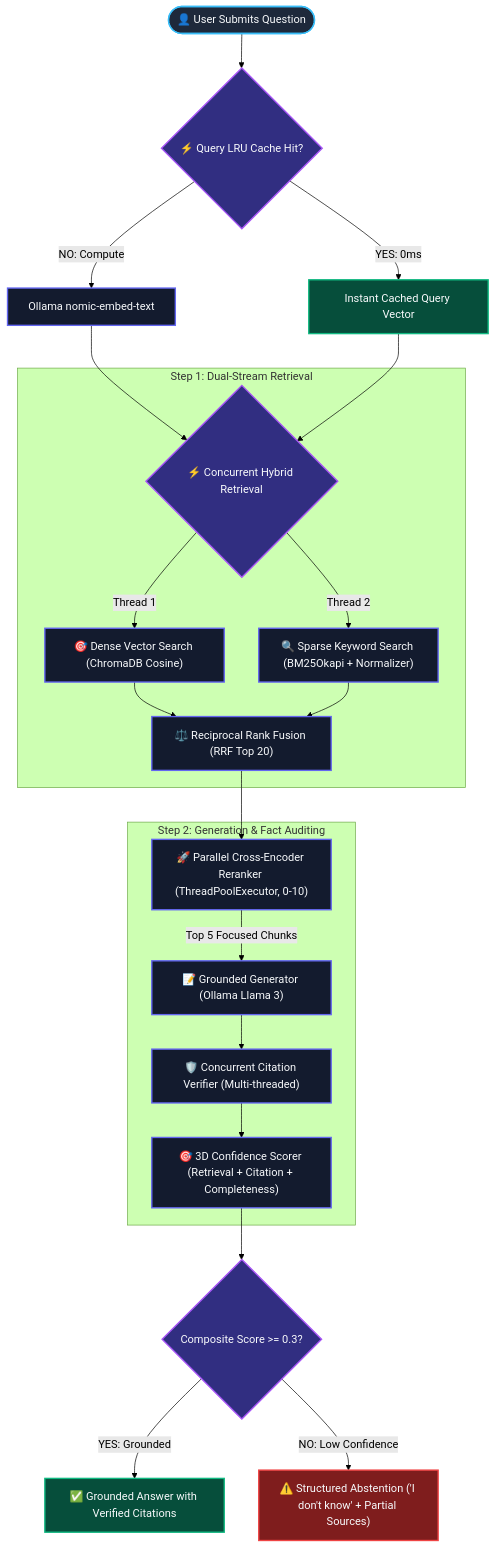
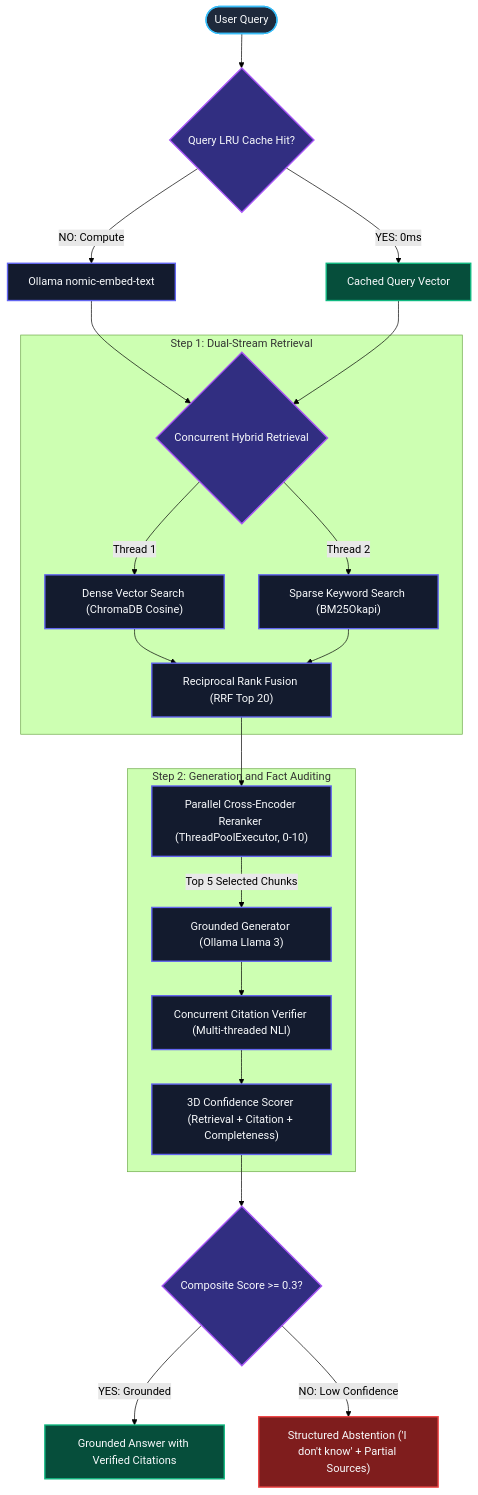
The first of 2 diagrams in README.md (Gunjannnn30/RAG-Pipeline-Hybrid-Search), drawn with Mermaid (forest theme) before and after one commit. The commit also changed other lines of this file and 6 other files, not shown here.

````diff
--- a/README.md
+++ b/README.md
@@ -83,34 +95,34 @@
 ```mermaid
 flowchart TD
     classDef input fill:#1e293b,stroke:#38bdf8,stroke-width:2px,color:#f8fafc;
     classDef process fill:#131b2e,stroke:#6366f1,stroke-width:2px,color:#f8fafc;
     classDef decision fill:#312e81,stroke:#a855f7,stroke-width:2px,color:#f8fafc;
     classDef success fill:#064e3b,stroke:#10b981,stroke-width:2px,color:#f8fafc;
     classDef failure fill:#7f1d1d,stroke:#ef4444,stroke-width:2px,color:#f8fafc;
 
-    User([👤 User Submits Question]):::input --> CacheCheck{⚡ Query LRU Cache Hit?}:::decision
-    CacheCheck -->|YES: 0ms| CachedEmbedding[Instant Cached Query Vector]:::success
+    User([User Query]):::input --> CacheCheck{Query LRU Cache Hit?}:::decision
+    CacheCheck -->|YES: 0ms| CachedEmbedding[Cached Query Vector]:::success
     CacheCheck -->|NO: Compute| GenEmbedding[Ollama nomic-embed-text]:::process
     
-    GenEmbedding --> ParallelRetrieval{⚡ Concurrent Hybrid Retrieval}:::decision
+    GenEmbedding --> ParallelRetrieval{Concurrent Hybrid Retrieval}:::decision
     CachedEmbedding --> ParallelRetrieval
 
     subgraph RetrievalLayer ["Step 1: Dual-Stream Retrieval"]
-        ParallelRetrieval -->|Thread 1| DenseSearch["🎯 Dense Vector Search (ChromaDB Cosine)"]:::process
-        ParallelRetrieval -->|Thread 2| SparseSearch["🔍 Sparse Keyword Search (BM25Okapi + Normalizer)"]:::process
-        DenseSearch --> RRF["⚖️ Reciprocal Rank Fusion (RRF Top 20)"]:::process
+        ParallelRetrieval -->|Thread 1| DenseSearch["Dense Vector Search (ChromaDB Cosine)"]:::process
+        ParallelRetrieval -->|Thread 2| SparseSearch["Sparse Keyword Search (BM25Okapi)"]:::process
+        DenseSearch --> RRF["Reciprocal Rank Fusion (RRF Top 20)"]:::process
         SparseSearch --> RRF
     end
 
-    RRF --> Reranker["🚀 Parallel Cross-Encoder Reranker (ThreadPoolExecutor, 0-10)"]:::process
+    RRF --> Reranker["Parallel Cross-Encoder Reranker (ThreadPoolExecutor, 0-10)"]:::process
 
-    subgraph GenerationLayer ["Step 2: Generation & Fact Auditing"]
-        Reranker -->|Top 5 Focused Chunks| Generator["📝 Grounded Generator (Ollama Llama 3)"]:::process
-        Generator --> Verifier["🛡️ Concurrent Citation Verifier (Multi-threaded)"]:::process
-        Verifier --> Scorer["🎯 3D Confidence Scorer (Retrieval + Citation + Completeness)"]:::process
+    subgraph GenerationLayer ["Step 2: Generation and Fact Auditing"]
+        Reranker -->|Top 5 Selected Chunks| Generator["Grounded Generator (Ollama Llama 3)"]:::process
+        Generator --> Verifier["Concurrent Citation Verifier (Multi-threaded NLI)"]:::process
+        Verifier --> Scorer["3D Confidence Scorer (Retrieval + Citation + Completeness)"]:::process
     end
 
     Scorer --> CheckScore{Composite Score >= 0.3?}:::decision
-    CheckScore -->|YES: Grounded| GroundedAnswer["✅ Grounded Answer with Verified Citations"]:::success
-    CheckScore -->|NO: Low Confidence| Abstain["⚠️ Structured Abstention ('I don't know' + Partial Sources)"]:::failure
+    CheckScore -->|YES: Grounded| GroundedAnswer["Grounded Answer with Verified Citations"]:::success
+    CheckScore -->|NO: Low Confidence| Abstain["Structured Abstention ('I don't know' + Partial Sources)"]:::failure
 ```
````
